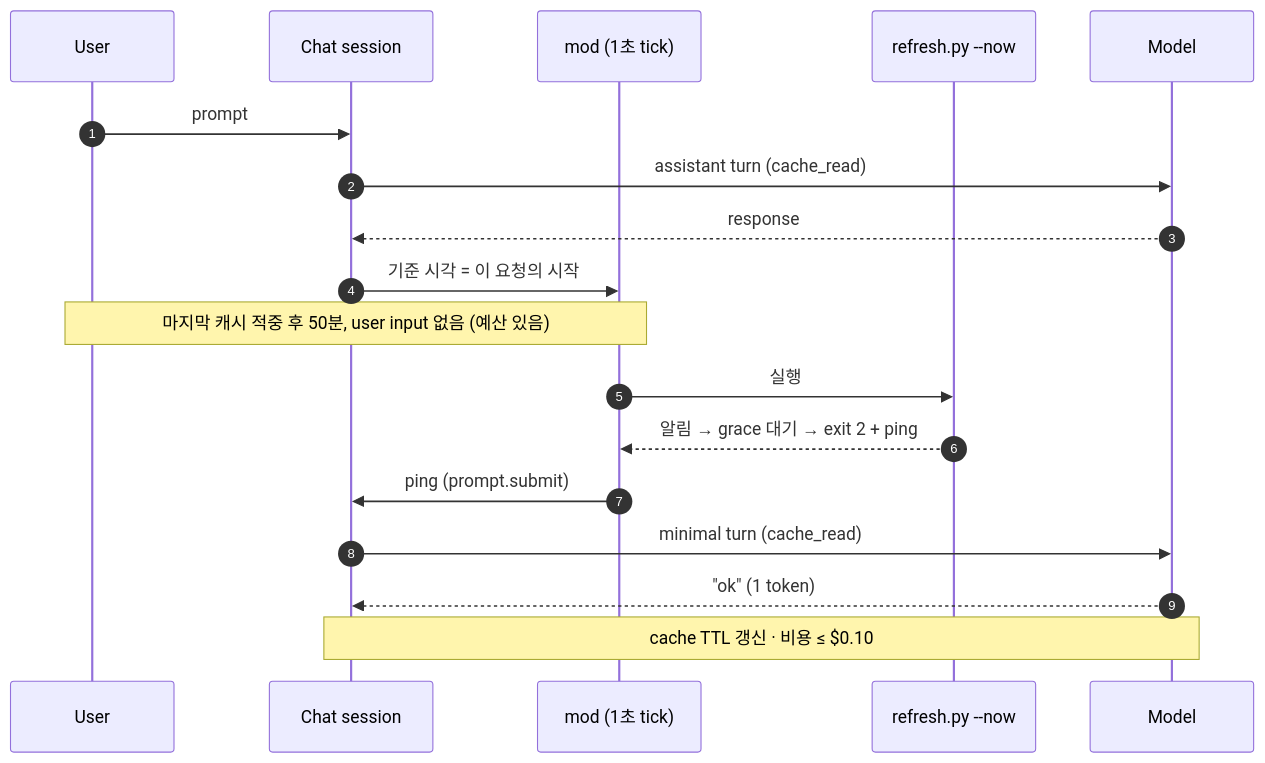
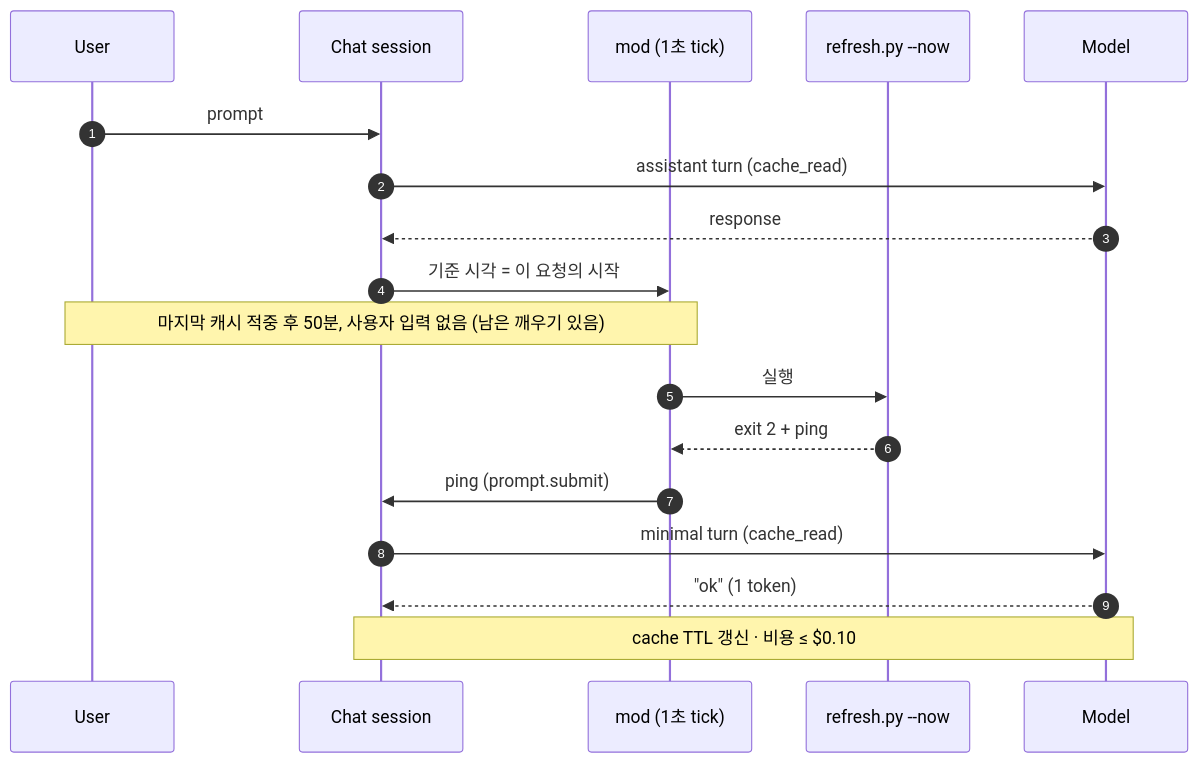
Before and after one commit to token-keeper/cache-necromancer: the diagram in README.md, drawn with Mermaid. The commit also changed other lines of this file and 45 other files, not shown here.

````diff
--- a/README.md
+++ b/README.md
@@ -153,24 +192,24 @@
 ```mermaid
 sequenceDiagram
     autonumber
     participant U as User
     participant C as Chat session
     participant H as mod (1초 tick)
     participant P as refresh.py --now
     participant M as Model
 
     U->>C: prompt
     C->>M: assistant turn (cache_read)
     M-->>C: response
     C->>H: 기준 시각 = 이 요청의 시작
 
-    Note over U,H: 마지막 캐시 적중 후 50분, user input 없음 (예산 있음)
+    Note over U,H: 마지막 캐시 적중 후 50분, 사용자 입력 없음 (남은 깨우기 있음)
 
     H->>P: 실행
-    P-->>H: 알림 → grace 대기 → exit 2 + ping
+    P-->>H: exit 2 + ping
     H->>C: ping (prompt.submit)
     C->>M: minimal turn (cache_read)
     M-->>C: "ok" (1 token)
 
     Note over C,M: cache TTL 갱신 · 비용 ≤ $0.10
 ```
````
